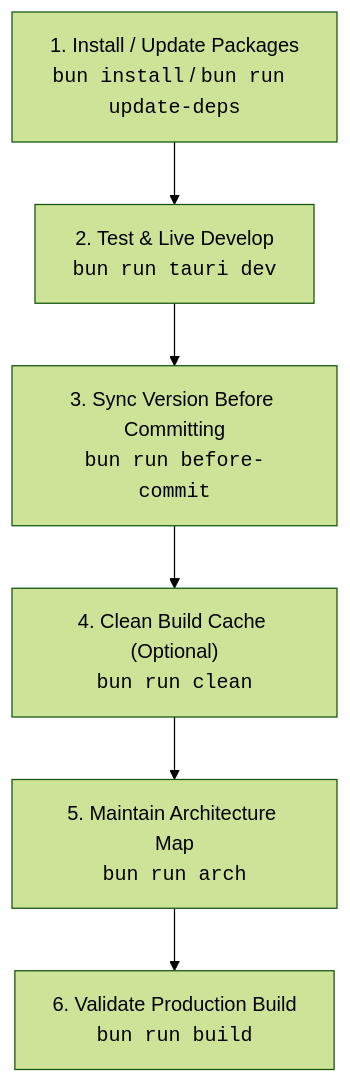
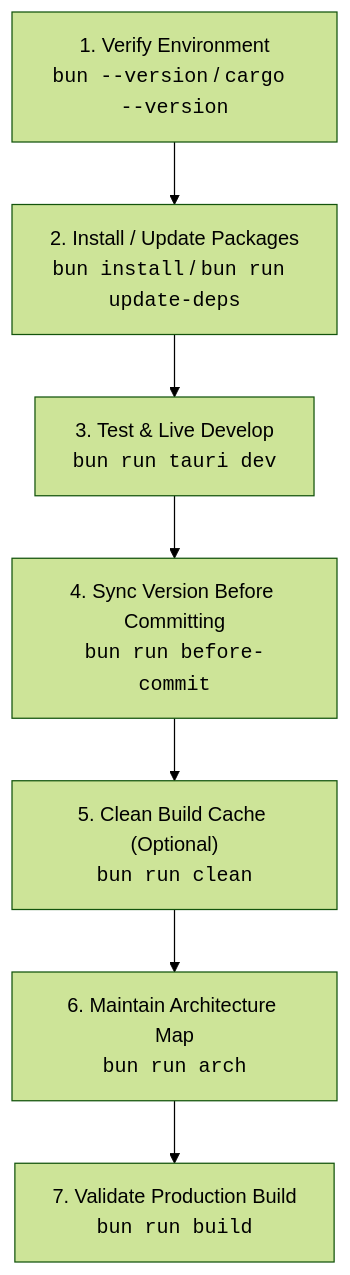
Before and after one commit to NairoDorian/Minimalistic_App: the diagram in README.md, drawn with Mermaid (forest theme). The commit also changed other lines of this file and 17 other files, not shown here.

````diff
--- a/README.md
+++ b/README.md
@@ -25,8 +30,9 @@
 ```mermaid
 graph TD
-    A["1. Install / Update Packages<br><code>bun install</code> / <code>bun run update-deps</code>"] --> B["2. Test & Live Develop<br><code>bun run tauri dev</code>"]
-    B --> C["3. Sync Version Before Committing<br><code>bun run before-commit</code>"]
-    C --> D["4. Clean Build Cache (Optional)<br><code>bun run clean</code>"]
-    D --> E["5. Maintain Architecture Map<br><code>bun run arch</code>"]
-    E --> F["6. Validate Production Build<br><code>bun run build</code>"]
+    A["1. Verify Environment<br><code>bun --version</code> / <code>cargo --version</code>"] --> B["2. Install / Update Packages<br><code>bun install</code> / <code>bun run update-deps</code>"]
+    B --> C["3. Test & Live Develop<br><code>bun run tauri dev</code>"]
+    C --> D["4. Sync Version Before Committing<br><code>bun run before-commit</code>"]
+    D --> E["5. Clean Build Cache (Optional)<br><code>bun run clean</code>"]
+    E --> F["6. Maintain Architecture Map<br><code>bun run arch</code>"]
+    F --> G["7. Validate Production Build<br><code>bun run build</code>"]
 ```
````
